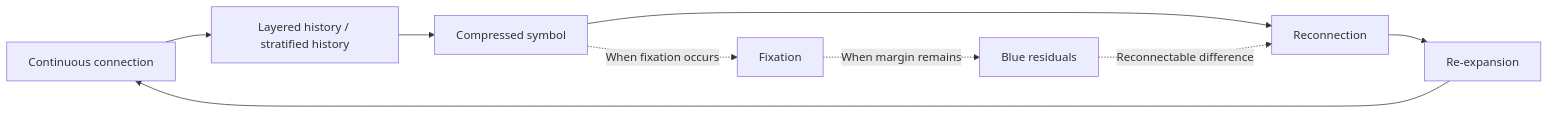
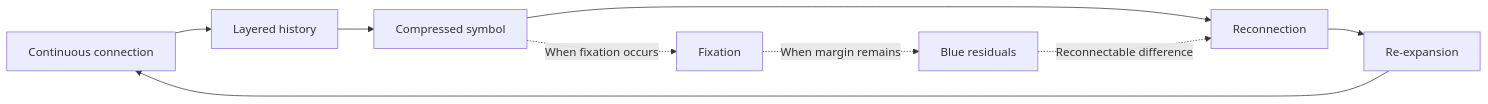
The diagram in docs/en/02_core_model.md (kuroam/hss-observation-notes), drawn with Mermaid before and after one commit. The commit also changed 1 other file, not shown here.

Commit message:
docs: fix English typography and Mermaid label

````diff
--- a/docs/en/02_core_model.md
+++ b/docs/en/02_core_model.md
@@ -26,12 +26,12 @@
 ```mermaid
 flowchart LR
-  A[Continuous connection] --> B[Layered history / stratified history]
+  A[Continuous connection] --> B[Layered history]
   B --> C[Compressed symbol]
   C --> D[Reconnection]
   D --> E[Re-expansion]
   E --> A
 
   C -.When fixation occurs.-> F[Fixation]
   F -.When margin remains.-> G[Blue residuals]
   G -.Reconnectable difference.-> D
 ```
````
